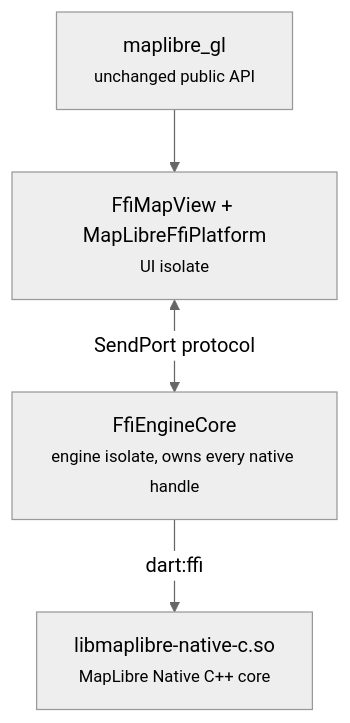
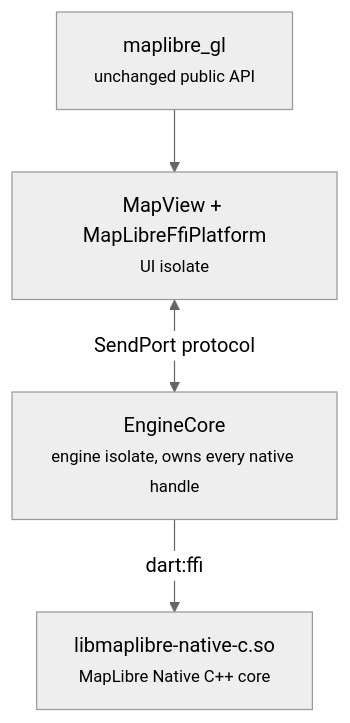
Before and after one commit to maplibre/flutter-maplibre-gl: the diagram in maplibre_gl_native/README.md, drawn with Mermaid (neutral theme). The commit also changed 33 other files, not shown here.

````diff
--- a/maplibre_gl_native/README.md
+++ b/maplibre_gl_native/README.md
@@ -16,11 +16,11 @@
 ```mermaid
 flowchart TD
     GL["maplibre_gl<br/><small>unchanged public API</small>"]
-    PRES["FfiMapView + MapLibreFfiPlatform<br/><small>UI isolate</small>"]
-    CORE["FfiEngineCore<br/><small>engine isolate, owns every native handle</small>"]
+    PRES["MapView + MapLibreFfiPlatform<br/><small>UI isolate</small>"]
+    CORE["EngineCore<br/><small>engine isolate, owns every native handle</small>"]
     SO["libmaplibre-native-c.so<br/><small>MapLibre Native C++ core</small>"]
 
     GL --> PRES
     PRES <-->|SendPort protocol| CORE
     CORE -->|dart:ffi| SO
 ```
````
